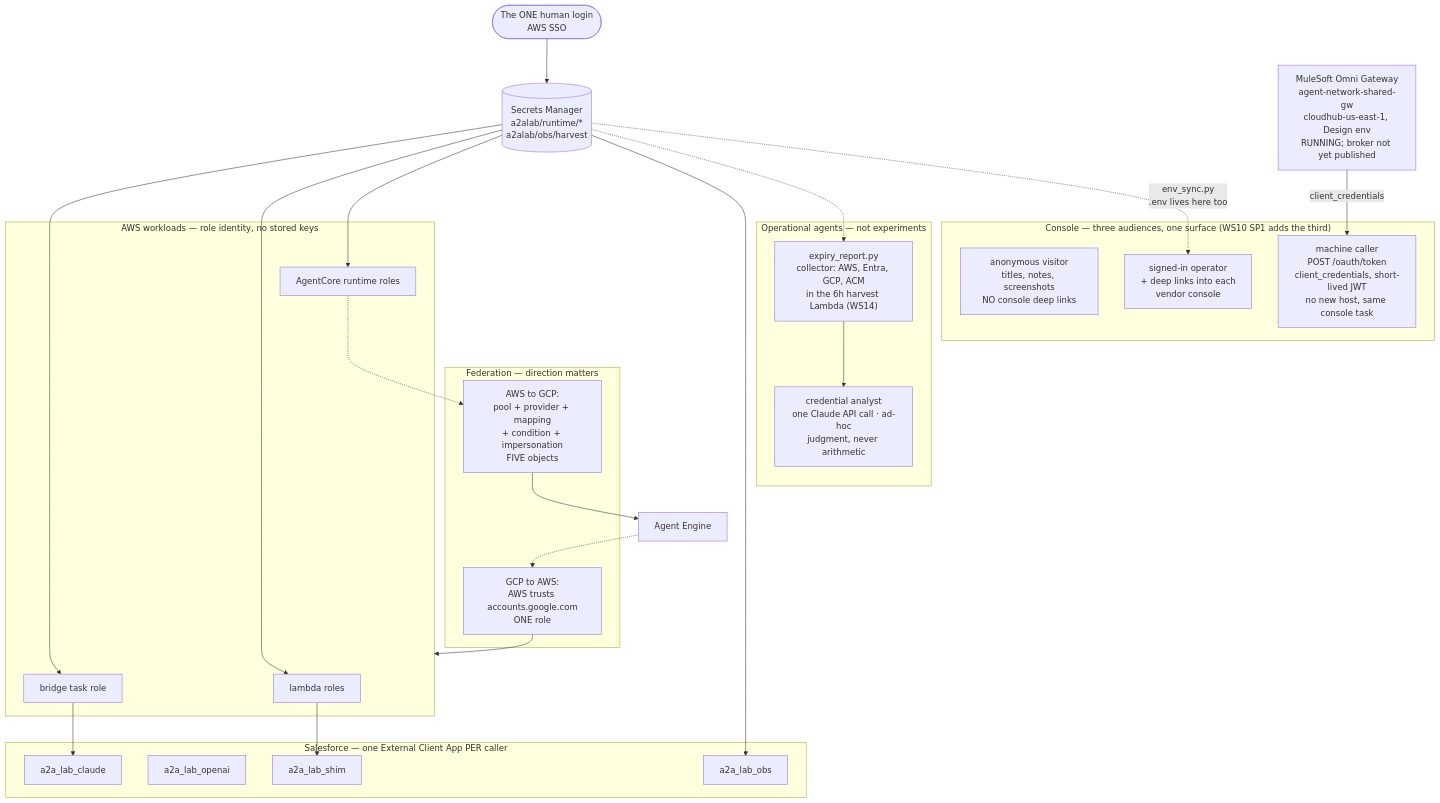
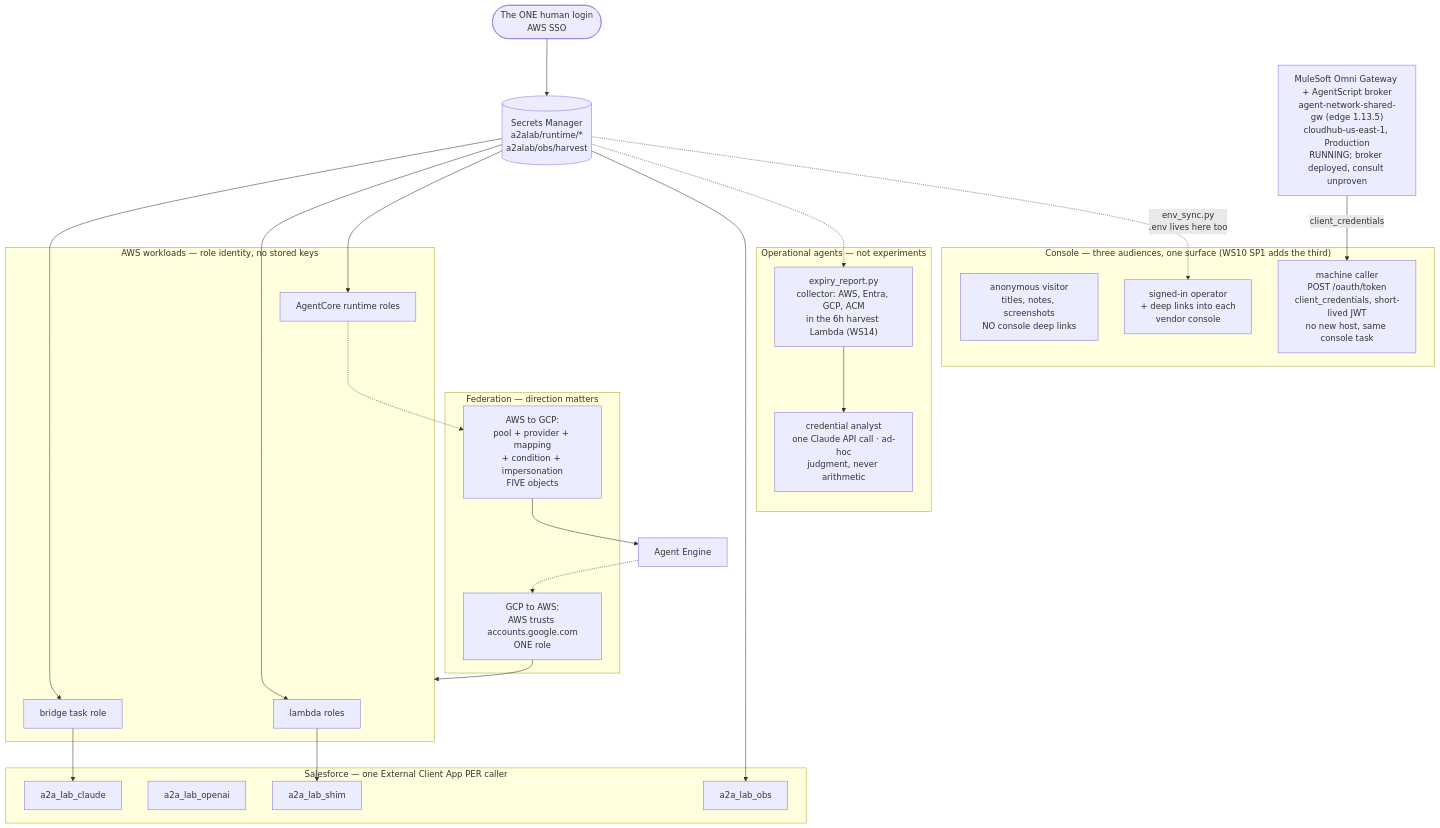
The sixth of 11 diagrams in plan/09-deployment-map.md (congmingwudi/a2a-lab), drawn with Mermaid before and after one commit. The commit also changed other lines of this file and 11 other files, not shown here.

````diff
--- a/plan/09-deployment-map.md
+++ b/plan/09-deployment-map.md
@@ -382,50 +382,50 @@
 ```mermaid
 flowchart TB
   HUMAN(["The ONE human login<br/>AWS SSO"])
   HUMAN --> SM[("Secrets Manager<br/>a2alab/runtime/*<br/>a2alab/obs/harvest")]
 
   subgraph AWSID["AWS workloads — role identity, no stored keys"]
     TR["bridge task role"]
     LR["lambda roles"]
     AR["AgentCore runtime roles"]
   end
   SM --> TR
   SM --> LR
   SM --> AR
 
   subgraph SFID["Salesforce — one External Client App PER caller"]
     E1["a2a_lab_claude"]
     E2["a2a_lab_openai"]
     E3["a2a_lab_shim"]
     E4["a2a_lab_obs"]
   end
   TR --> E1
   LR --> E3
   SM --> E4
 
   subgraph FED["Federation — direction matters"]
     G2A["GCP to AWS:<br/>AWS trusts accounts.google.com<br/>ONE role"]
     A2G["AWS to GCP:<br/>pool + provider + mapping<br/>+ condition + impersonation<br/>FIVE objects"]
   end
   AR -.-> A2G
   A2G --> ADKX["Agent Engine"]
   ADKX -.-> G2A
   G2A --> AWSID
 
   subgraph OPS["Operational agents — not experiments"]
     EXP["expiry_report.py<br/>collector: AWS, Entra, GCP, ACM<br/>in the 6h harvest Lambda (WS14)"]
     CANA["credential analyst<br/>one Claude API call · ad-hoc<br/>judgment, never arithmetic"]
     EXP --> CANA
   end
   SM -.-> EXP
 
   subgraph PUB["Console — three audiences, one surface (WS10 SP1 adds the third)"]
     ANON["anonymous visitor<br/>titles, notes, screenshots<br/>NO console deep links"]
     OPER["signed-in operator<br/>+ deep links into each<br/>vendor console"]
     MACH["machine caller<br/>POST /oauth/token<br/>client_credentials, short-lived JWT<br/>no new host, same console task"]
   end
   SM -.->|"env_sync.py<br/>.env lives here too"| OPER
 
-  MULE["MuleSoft Omni Gateway<br/>agent-network-shared-gw<br/>cloudhub-us-east-1, Design env<br/>RUNNING; broker not yet published"]
+  MULE["MuleSoft Omni Gateway + AgentScript broker<br/>agent-network-shared-gw (edge 1.13.5)<br/>cloudhub-us-east-1, Production<br/>RUNNING; broker deployed, consult unproven"]
   MULE -->|"client_credentials"| MACH
 ```
````
